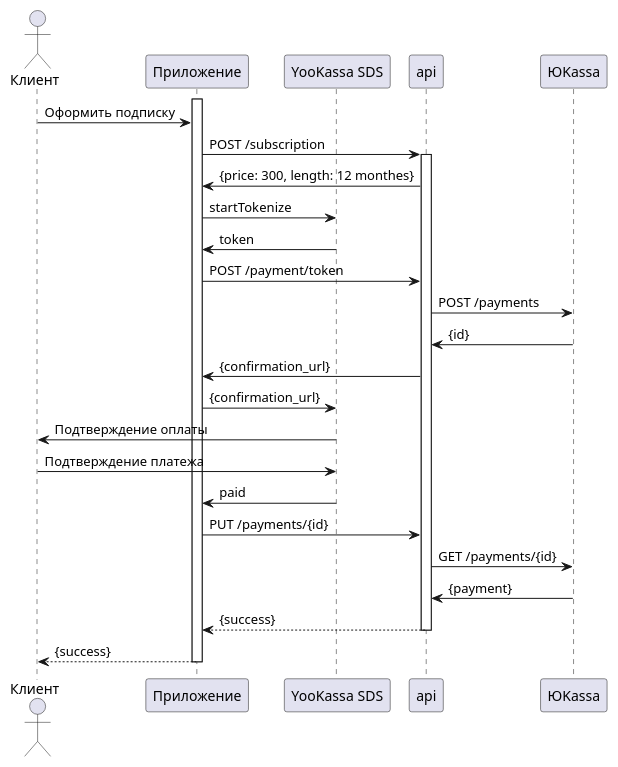
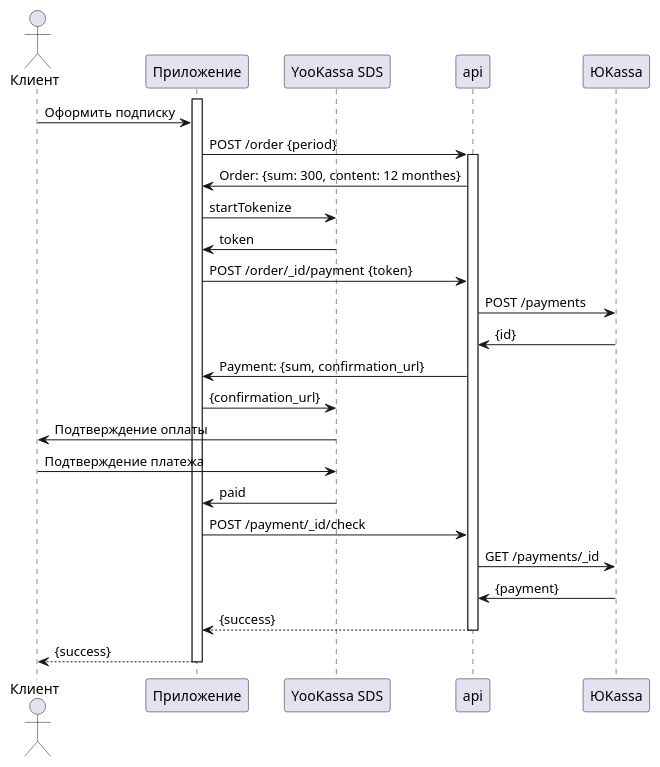
One commit to alefdyer/servitor changed the diagram in docs/Покупка подписки.puml. Above: the diagram before and after it, drawn with PlantUML. The commit also changed 11 other files, not shown here.

```diff
--- a/docs/Покупка подписки.puml
+++ b/docs/Покупка подписки.puml
@@ -1,30 +1,30 @@
 @startuml Покупка подписки
 actor Клиент as client
 participant Приложение as app
 participant "YooKassa SDS" as sdk
 participant api
 participant ЮKassa as kassa
 
 activate app
 client -> app: Оформить подписку
-app -> api: POST /subscription
+app -> api: POST /order {period}
 activate api
-app <- api: {price: 300, length: 12 monthes}
+app <- api: Order: {sum: 300, content: 12 monthes}
 app -> sdk: startTokenize
 app <- sdk: token
-app -> api: POST /payment/token
+app -> api: POST /order/_id/payment {token}
 api -> kassa: POST /payments
 api <- kassa: {id}
-app <- api: {confirmation_url}
+app <- api: Payment: {sum, confirmation_url}
 app -> sdk: {confirmation_url}
 client <- sdk: Подтверждение оплаты
 client -> sdk: Подтверждение платежа
 app <- sdk: paid
-app -> api: PUT /payments/{id}
-api -> kassa: GET /payments/{id}
+app -> api: POST /payment/_id/check
+api -> kassa: GET /payments/_id
 api <- kassa: {payment}
 app <-- api: {success}
 deactivate api
 client <-- app: {success}
 deactivate app
 @enduml
```
